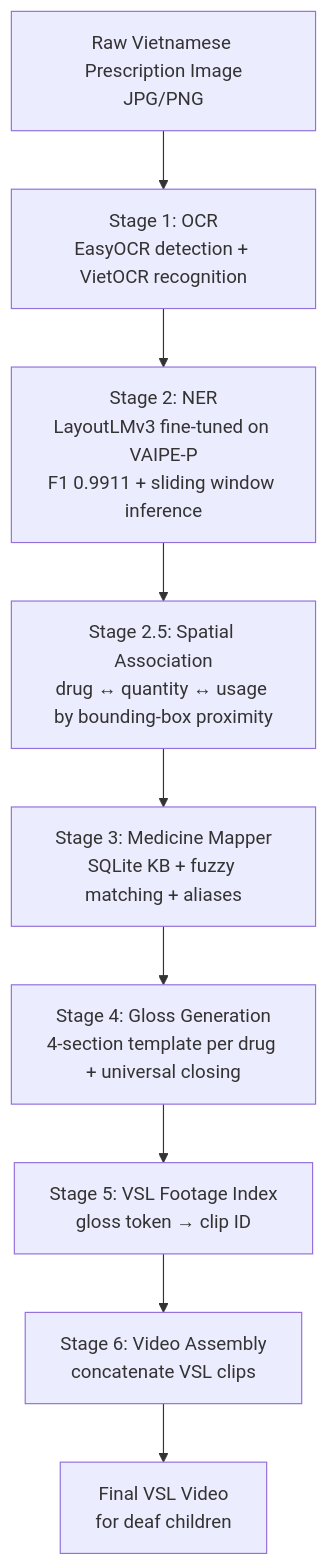
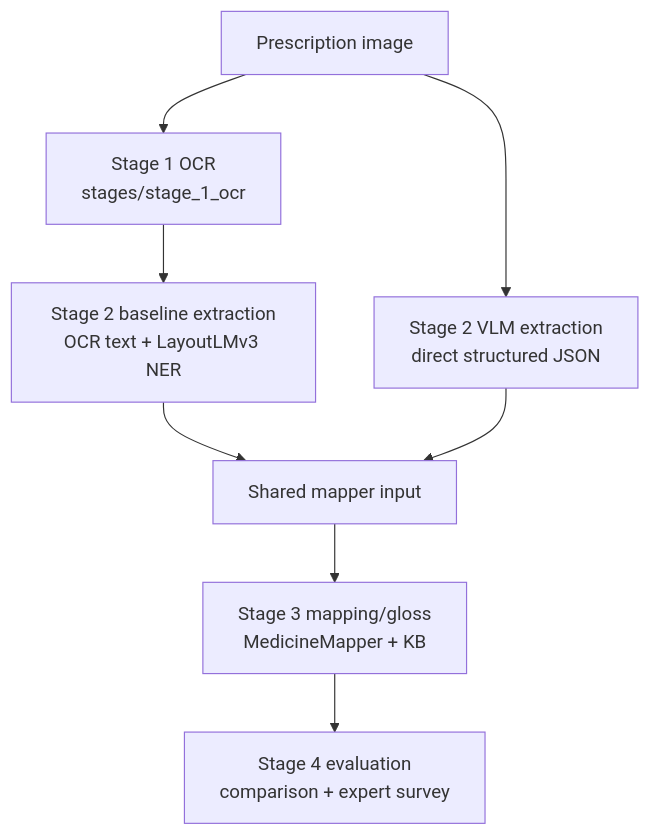
Before and after one commit to viti1igo/VSL26: the diagram in README.md, drawn with Mermaid. The commit also changed other lines of this file and 44 other files, not shown here.

Commit message:
Document VSL extraction study workflow

````diff
--- a/README.md
+++ b/README.md
@@ -9,11 +28,10 @@
 ```mermaid
 flowchart TD
-    A["Raw Vietnamese Prescription Image<br/>JPG/PNG"] --> B["Stage 1: OCR<br/>EasyOCR detection + VietOCR recognition"]
-    B --> C["Stage 2: NER<br/>LayoutLMv3 fine-tuned on VAIPE-P<br/>F1 0.9911 + sliding window inference"]
-    C --> D["Stage 2.5: Spatial Association<br/>drug ↔ quantity ↔ usage by bounding-box proximity"]
-    D --> E["Stage 3: Medicine Mapper<br/>SQLite KB + fuzzy matching + aliases"]
-    E --> F["Stage 4: Gloss Generation<br/>4-section template per drug + universal closing"]
-    F --> G["Stage 5: VSL Footage Index<br/>gloss token → clip ID"]
-    G --> H["Stage 6: Video Assembly<br/>concatenate VSL clips"]
-    H --> I["Final VSL Video<br/>for deaf children"]
+    A["Prescription image"] --> B["Stage 1 OCR<br/>stages/stage_1_ocr"]
+    B --> C["Stage 2 baseline extraction<br/>OCR text + LayoutLMv3 NER"]
+    A --> D["Stage 2 VLM extraction<br/>direct structured JSON"]
+    C --> E["Shared mapper input"]
+    D --> E
+    E --> F["Stage 3 mapping/gloss<br/>MedicineMapper + KB"]
+    F --> G["Stage 4 evaluation<br/>comparison + expert survey"]
 ```
````
